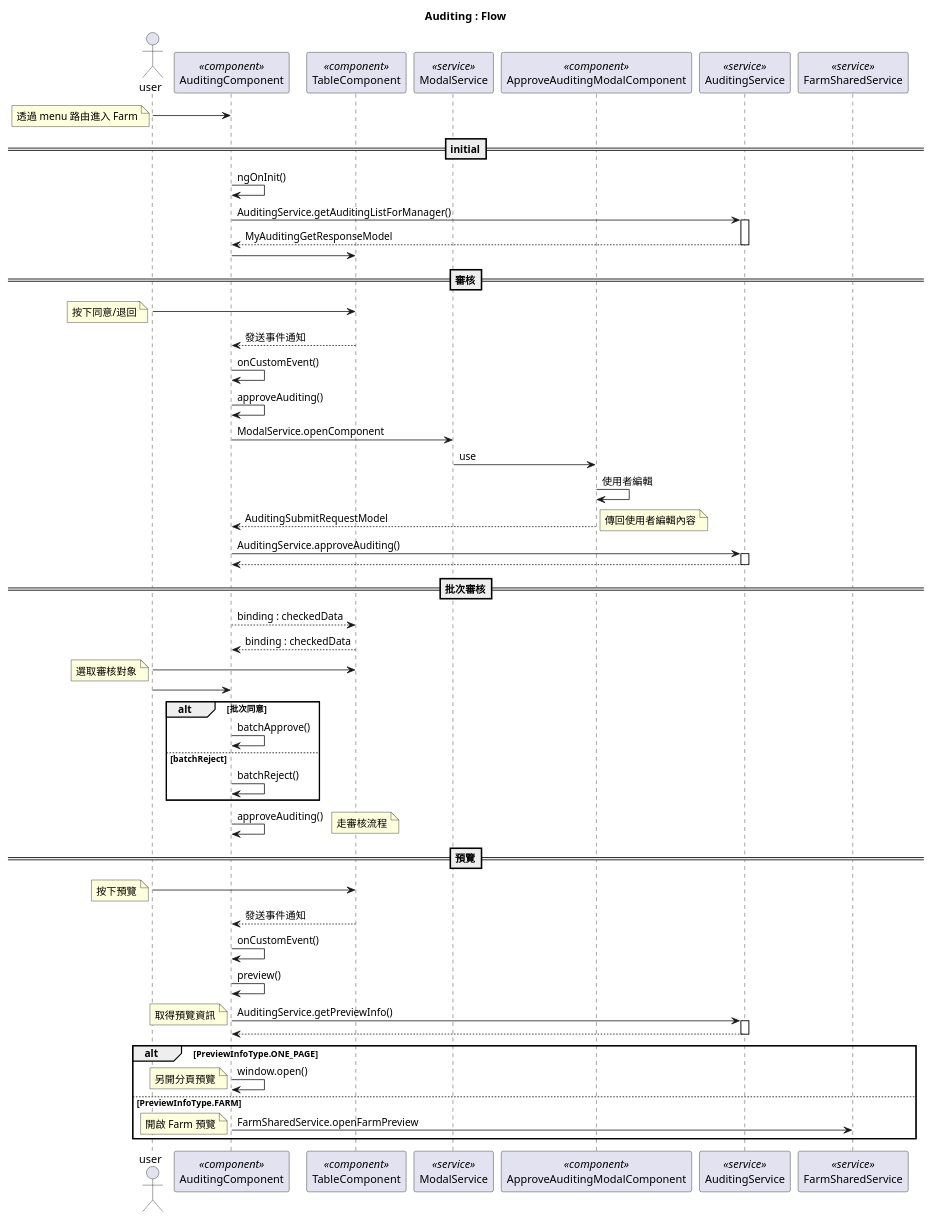
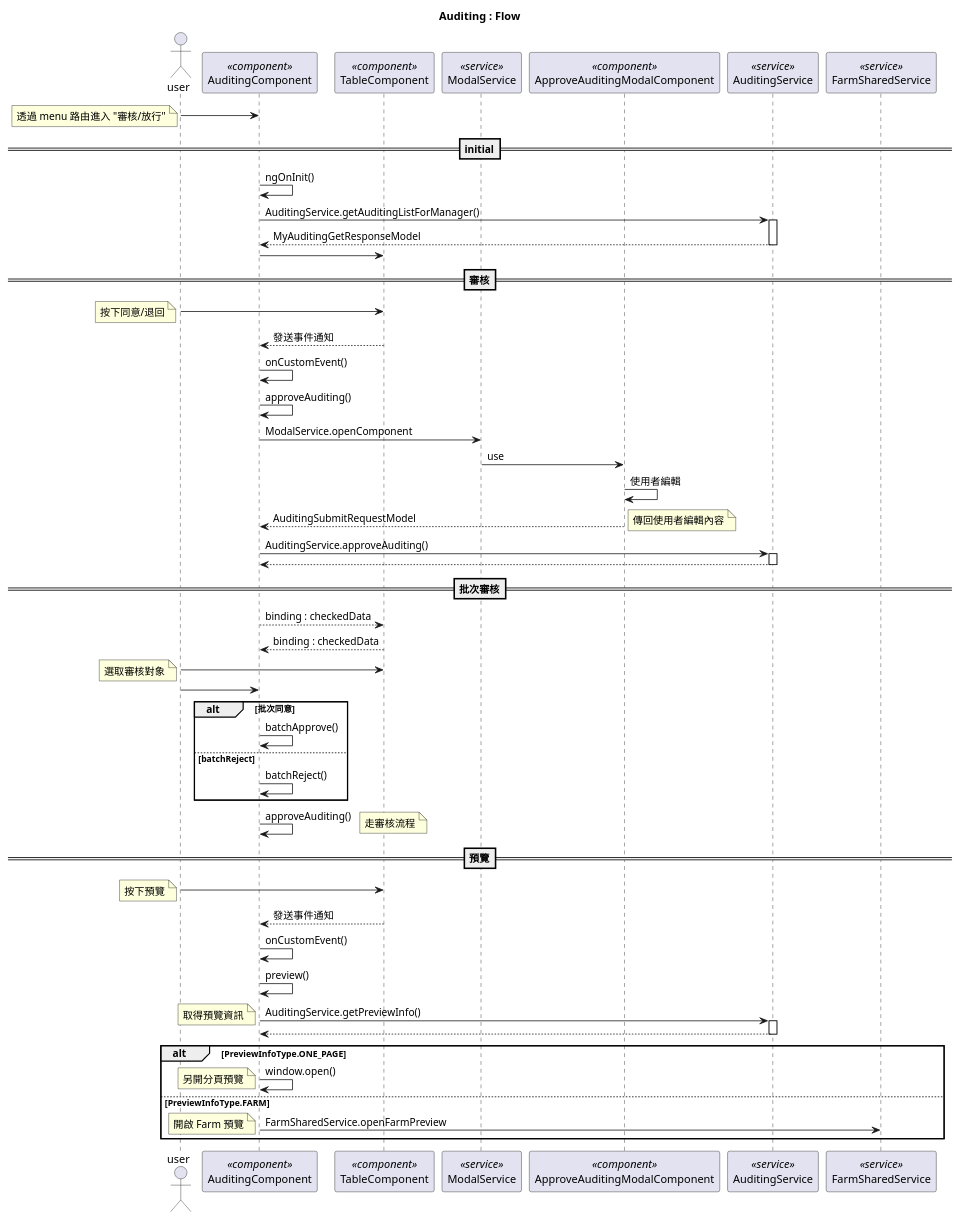
The diagram in cms/diagram/auditing/1.flow.wsd (jef15938/CMS-4.0_FE-githubActions), drawn with PlantUML before and after one commit. The commit also changed 2 other files, not shown here.

Commit message:
流程圖

```diff
--- a/cms/diagram/auditing/1.flow.wsd
+++ b/cms/diagram/auditing/1.flow.wsd
@@ -1,73 +1,73 @@
 @startuml
 
 Title Auditing : Flow
 actor user
 participant "AuditingComponent" as main << component >>
 participant "TableComponent" as table << component >>
 participant "ModalService" as modalService << service >>
 participant "ApproveAuditingModalComponent" as auditingModal << component >>
 participant "AuditingService" as auditingService << service >>
 participant "FarmSharedService" as farmSharedService << service >>
 
 user -> main
-note left: 透過 menu 路由進入 Farm
+note left: 透過 menu 路由進入 "審核/放行"
 
 ==initial==
 main -> main: ngOnInit()
 main -> auditingService: AuditingService.getAuditingListForManager()
 activate auditingService
 auditingService --> main: MyAuditingGetResponseModel
 deactivate
 main -> table
 
 ==審核==
 user -> table
 note left: 按下同意/退回
 table --> main: 發送事件通知
 main -> main: onCustomEvent()
 main -> main: approveAuditing()
 main -> modalService: ModalService.openComponent
 modalService -> auditingModal: use
 auditingModal -> auditingModal: 使用者編輯
 auditingModal --> main : AuditingSubmitRequestModel
 note right: 傳回使用者編輯內容
 main -> auditingService: AuditingService.approveAuditing()
 activate auditingService
 auditingService --> main
 deactivate
 
 ==批次審核==
 main --> table: binding : checkedData
 table --> main: binding : checkedData
 user -> table
 note left: 選取審核對象
 user -> main 
 alt 批次同意
   main -> main: batchApprove()
 else batchReject
   main -> main: batchReject()
 end
 main -> main: approveAuditing()
 note right: 走審核流程
 
 ==預覽==
 user -> table
 note left: 按下預覽
 table --> main: 發送事件通知
 main -> main: onCustomEvent()
 main -> main: preview()
 main -> auditingService: AuditingService.getPreviewInfo()
 note left: 取得預覽資訊
 activate auditingService
 auditingService --> main
 deactivate
 
 alt PreviewInfoType.ONE_PAGE
 main -> main: window.open()
 note left: 另開分頁預覽
 else PreviewInfoType.FARM
 main -> farmSharedService: FarmSharedService.openFarmPreview
 note left: 開啟 Farm 預覽
 end
 
 @enduml
```
